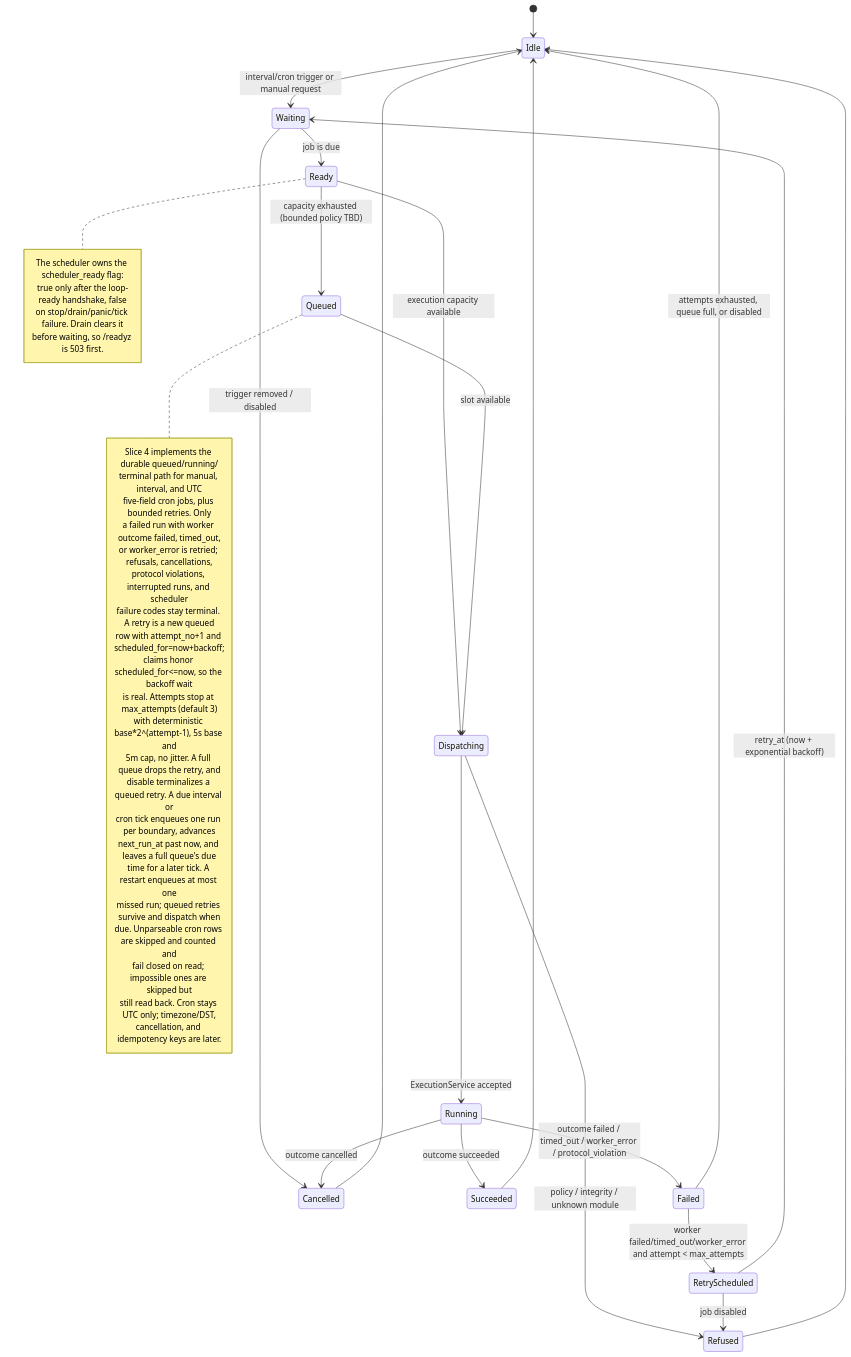
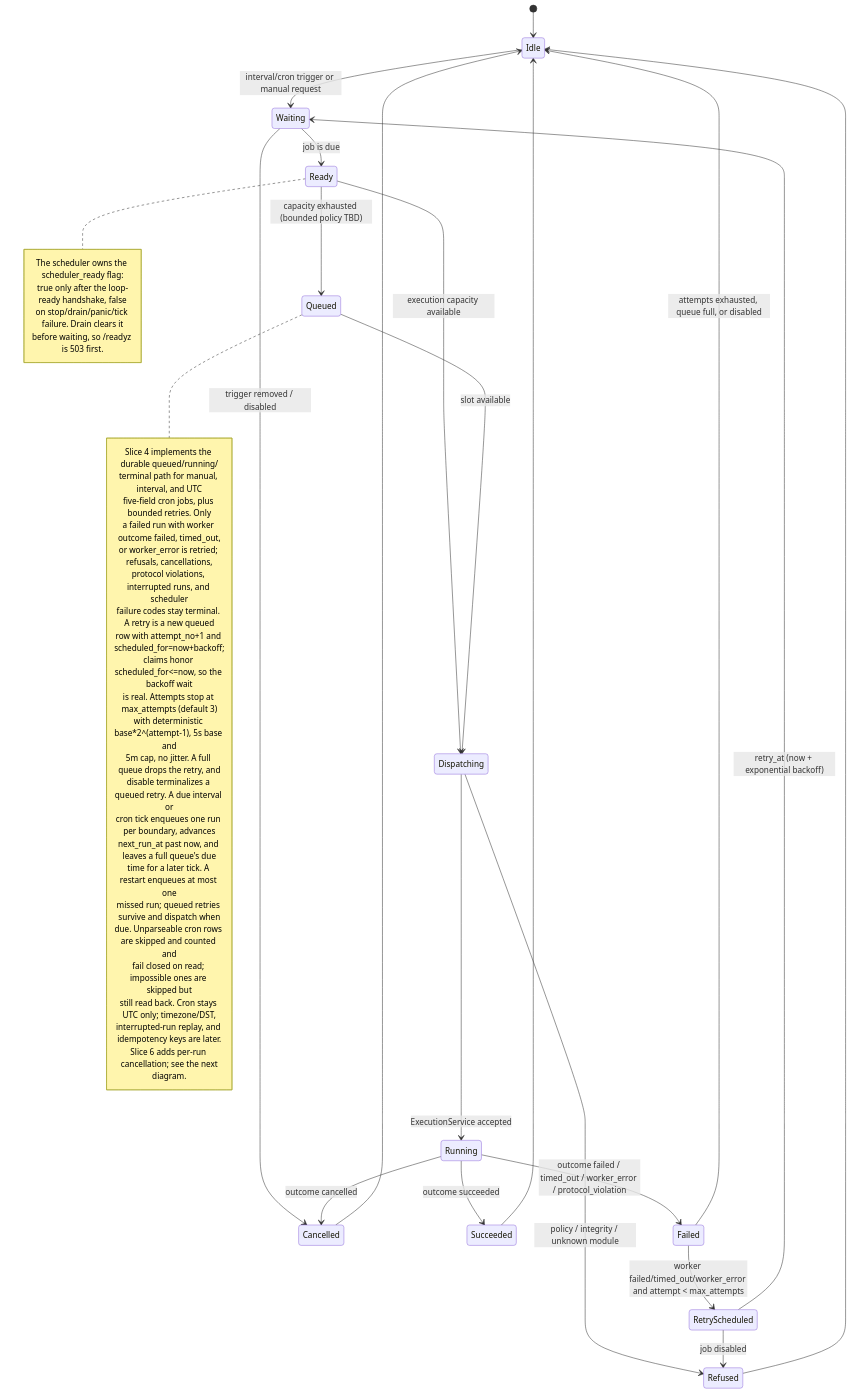
Before and after one commit to nicknad/conductor: diagram 13 of 16 in docs/statecharts.md, drawn with Mermaid. The commit also changed other lines of this file and 15 other files, not shown here.

Commit message:
feat(scheduler): add authenticated per-run cancellation

````diff
--- a/docs/statecharts.md
+++ b/docs/statecharts.md
@@ -458,52 +458,54 @@
 ```mermaid
 stateDiagram-v2
     [*] --> Idle
     Idle --> Waiting: interval/cron trigger or manual request
     Waiting --> Ready: job is due
     Waiting --> Cancelled: trigger removed / disabled
     Ready --> Dispatching: execution capacity available
     Ready --> Queued: capacity exhausted (bounded policy TBD)
     Queued --> Dispatching: slot available
     Dispatching --> Running: ExecutionService accepted
     Dispatching --> Refused: policy / integrity / unknown module
     Running --> Succeeded: outcome succeeded
     Running --> Failed: outcome failed / timed_out / worker_error / protocol_violation
     Running --> Cancelled: outcome cancelled
     Failed --> RetryScheduled: worker failed/timed_out/worker_error and attempt < max_attempts
     RetryScheduled --> Waiting: retry_at (now + exponential backoff)
     RetryScheduled --> Refused: job disabled
     Succeeded --> Idle
     Failed --> Idle: attempts exhausted, queue full, or disabled
     Cancelled --> Idle
     Refused --> Idle
 
     note right of Queued
         Slice 4 implements the durable queued/running/
         terminal path for manual, interval, and UTC
         five-field cron jobs, plus bounded retries. Only
         a failed run with worker outcome failed, timed_out,
         or worker_error is retried; refusals, cancellations,
         protocol violations, interrupted runs, and scheduler
         failure codes stay terminal. A retry is a new queued
         row with attempt_no+1 and scheduled_for=now+backoff;
         claims honor scheduled_for<=now, so the backoff wait
         is real. Attempts stop at max_attempts (default 3)
         with deterministic base*2^(attempt-1), 5s base and
         5m cap, no jitter. A full queue drops the retry, and
         disable terminalizes a queued retry. A due interval or
         cron tick enqueues one run per boundary, advances
         next_run_at past now, and leaves a full queue's due
         time for a later tick. A restart enqueues at most one
         missed run; queued retries survive and dispatch when
         due. Unparseable cron rows are skipped and counted and
         fail closed on read; impossible ones are skipped but
         still read back. Cron stays UTC only; timezone/DST,
-        cancellation, and idempotency keys are later.
+        interrupted-run replay, and idempotency keys are later.
+        Slice 6 adds per-run cancellation; see the next
+        diagram.
     end note
     note right of Ready
         The scheduler owns the scheduler_ready flag:
         true only after the loop-ready handshake, false
         on stop/drain/panic/tick failure. Drain clears it
         before waiting, so /readyz is 503 first.
     end note
 ```
````
